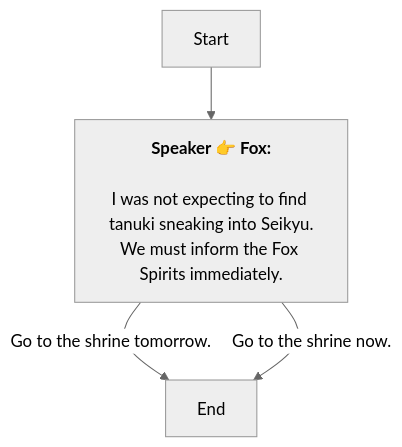
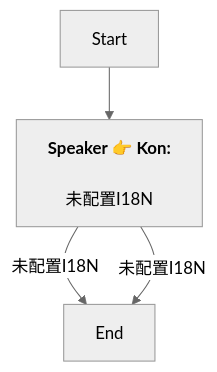
One commit to SoftHu/tos_avg changed the diagram in En/QuestStartTalkENode_1761909448383730.md. Above: the diagram before and after it, drawn with Mermaid (neutral theme). The commit also changed 730 other files, not shown here.

````diff
--- a/En/QuestStartTalkENode_1761909448383730.md
+++ b/En/QuestStartTalkENode_1761909448383730.md
@@ -1,9 +1,8 @@
 ```mermaid
 graph
-Start -->1761910188962040[<b>Speaker 👉 Fox:</b>
-\nI was not expecting to find tanuki sneaking into Seikyu.
-We must inform the Fox Spirits immediately.]
-1761910188962040 -->|Go to the shrine tomorrow.|1761910593586431[End]
-1761910188962040 -->|Go to the shrine now.|1761910593586431[End]
+Start -->1761910188962040[<b>Speaker 👉 Kon:</b>
+\n未配置I18N]
+1761910188962040 -->|未配置I18N|1761910593586431[End]
+1761910188962040 -->|未配置I18N|1761910593586431[End]
 
 ```
````
